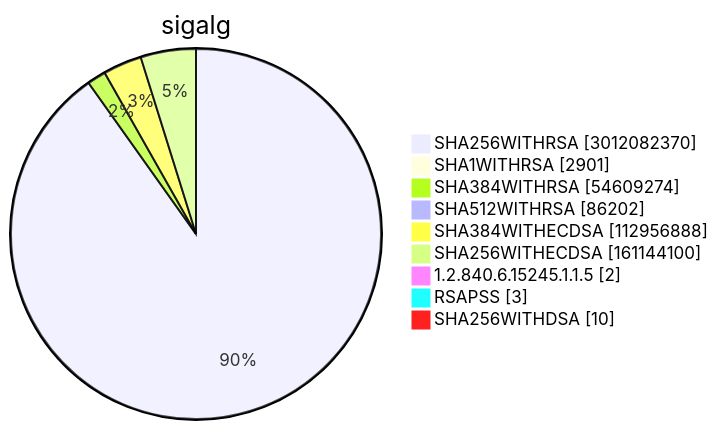
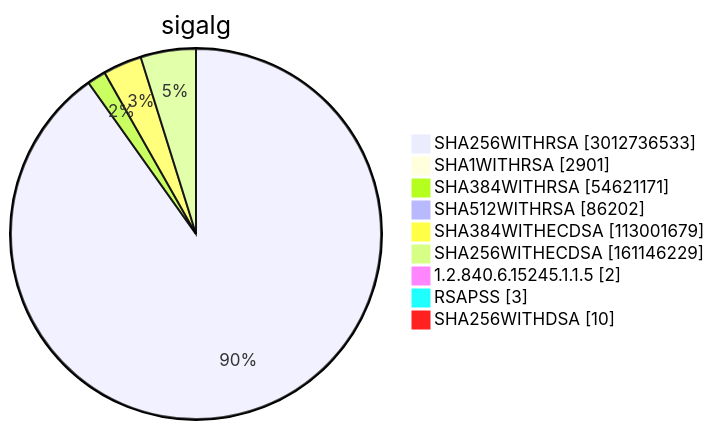
Diagram 15 of 15 in TOTAL/README.md (christiankrug/ctmonitor_visualization), drawn with Mermaid before and after one commit. The commit also changed other lines of this file, not shown here.

````diff
--- a/TOTAL/README.md
+++ b/TOTAL/README.md
@@ -6208,13 +6208,13 @@
 ```mermaid
 pie showData
 title sigalg
-"SHA256WITHRSA" :3012082370
+"SHA256WITHRSA" :3012736533
 "SHA1WITHRSA" :2901
-"SHA384WITHRSA" :54609274
+"SHA384WITHRSA" :54621171
 "SHA512WITHRSA" :86202
-"SHA384WITHECDSA" :112956888
-"SHA256WITHECDSA" :161144100
+"SHA384WITHECDSA" :113001679
+"SHA256WITHECDSA" :161146229
 "1.2.840.6.15245.1.1.5" :2
 "RSAPSS" :3
 "SHA256WITHDSA" :10
 ```
````
